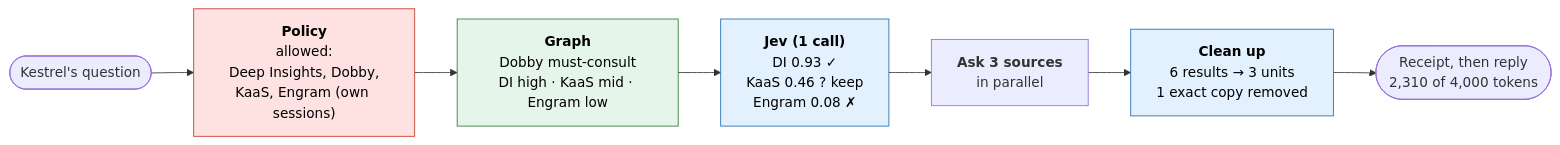
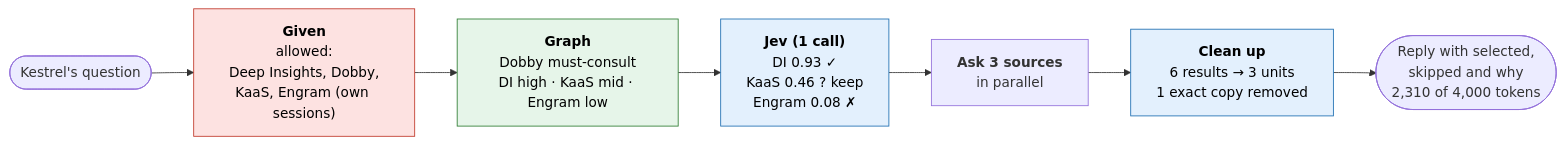
The first of 13 diagrams in design/intelligence-layer/contracts-and-scenarios.md (arunmenon/sanctum), drawn with Mermaid before and after one commit. The commit also changed other lines of this file and 7 other files, not shown here.

````diff
--- a/design/intelligence-layer/contracts-and-scenarios.md
+++ b/design/intelligence-layer/contracts-and-scenarios.md
@@ -48,16 +48,16 @@
 ```mermaid
 flowchart LR
-    Q(["Kestrel's question"]) --> P["<b>Policy</b><br/>allowed:<br/>Deep Insights, Dobby,<br/>KaaS, Engram (own sessions)"]
+    Q(["Kestrel's question"]) --> P["<b>Given</b><br/>allowed:<br/>Deep Insights, Dobby,<br/>KaaS, Engram (own sessions)"]
     P --> G["<b>Graph</b><br/>Dobby must-consult<br/>DI high · KaaS mid · Engram low"]
     G --> J["<b>Jev (1 call)</b><br/>DI 0.93 ✓<br/>KaaS 0.46 ? keep<br/>Engram 0.08 ✗"]
     J --> F["<b>Ask 3 sources</b><br/>in parallel"]
     F --> C["<b>Clean up</b><br/>6 results → 3 units<br/>1 exact copy removed"]
-    C --> R(["Receipt, then reply<br/>2,310 of 4,000 tokens"])
+    C --> R(["Reply with selected,<br/>skipped and why<br/>2,310 of 4,000 tokens"])
 
     classDef policy fill:#fde2e1,stroke:#c0392b,color:#000
     classDef judge fill:#e3f0fd,stroke:#1f6fb2,color:#000
     classDef mem fill:#e6f5e9,stroke:#2e7d32,color:#000
     class P policy
     class J,C judge
     class G mem
 ```
````
